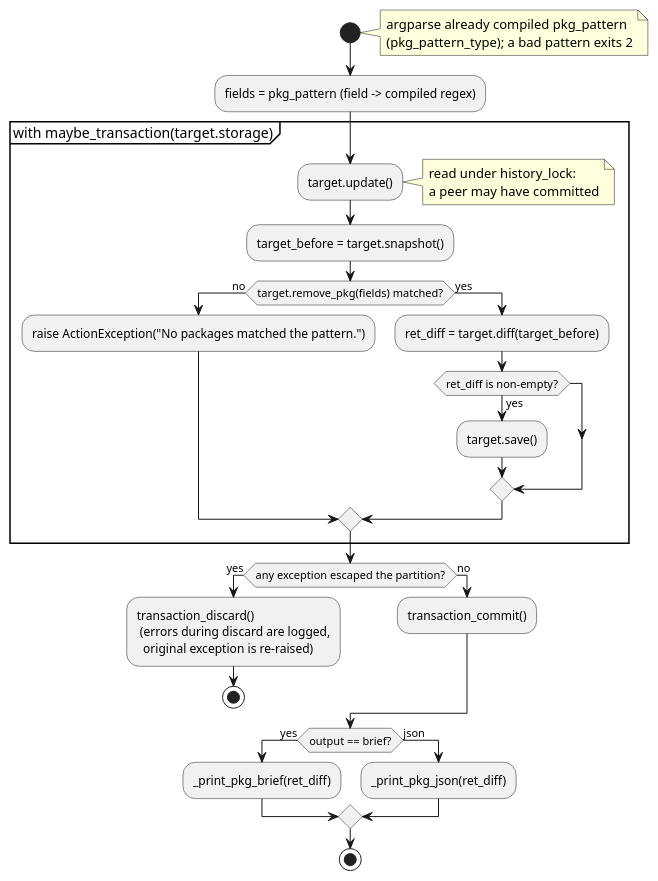
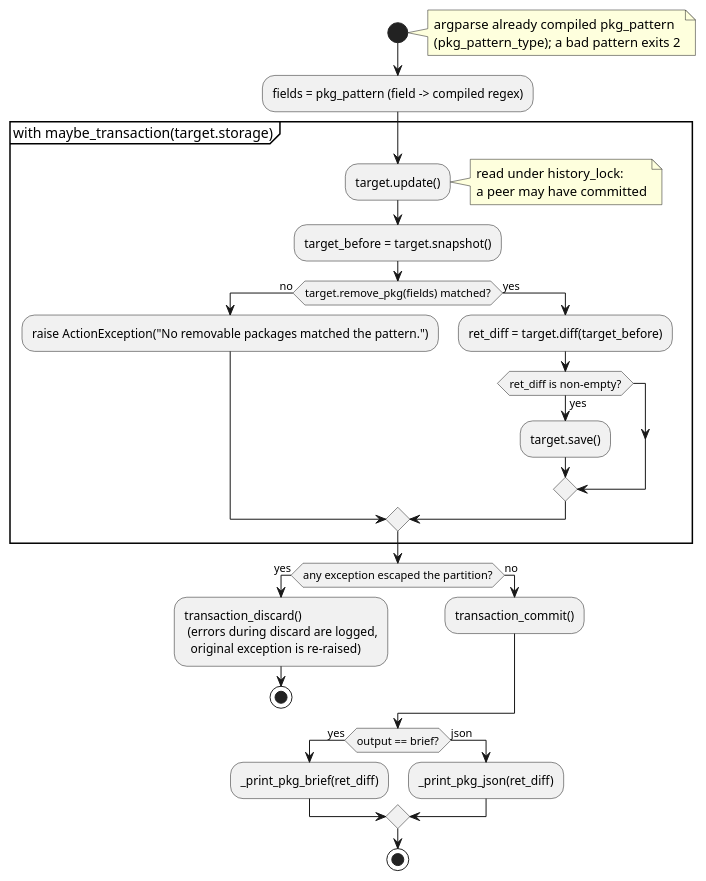
The diagram in docs/development/diagrams/action-pkg-remove-activity.puml (vinklat/debkit), drawn with PlantUML before and after one commit. The commit also changed 50 other files, not shown here.

```diff
--- a/docs/development/diagrams/action-pkg-remove-activity.puml
+++ b/docs/development/diagrams/action-pkg-remove-activity.puml
@@ -1,39 +1,39 @@
 @startuml
 start
 note right
   argparse already compiled pkg_pattern
   (pkg_pattern_type); a bad pattern exits 2
 end note
 
 :fields = pkg_pattern (field -> compiled regex);
 
 partition "with maybe_transaction(target.storage)" {
   :target.update();
   note right: read under history_lock:\na peer may have committed
   :target_before = target.snapshot();
   if (target.remove_pkg(fields) matched?) then (no)
-    :raise ActionException("No packages matched the pattern.");
+    :raise ActionException("No removable packages matched the pattern.");
   else (yes)
     :ret_diff = target.diff(target_before);
     if (ret_diff is non-empty?) then (yes)
       :target.save();
     endif
   endif
 }
 
 if (any exception escaped the partition?) then (yes)
   :transaction_discard()
    (errors during discard are logged,
     original exception is re-raised);
   stop
 else (no)
   :transaction_commit();
 endif
 
 if (output == brief?) then (yes)
   :_print_pkg_brief(ret_diff);
 else (json)
   :_print_pkg_json(ret_diff);
 endif
 stop
 @enduml
```
